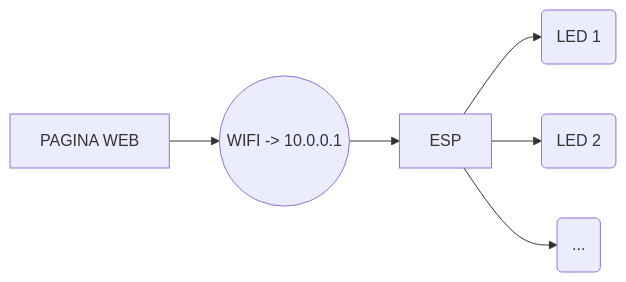
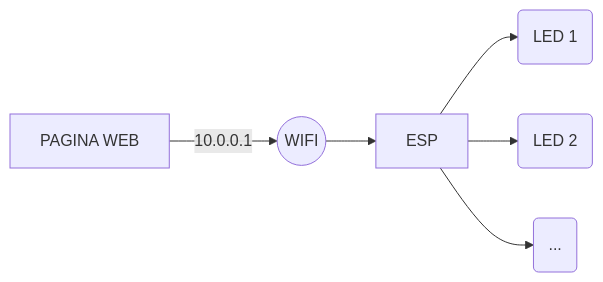
One commit to Condiolov/AppCasa changed the second of 3 diagrams in README.md. Above: the diagram before and after it, drawn with Mermaid. The commit also changed other lines of this file, not shown here.

````diff
--- a/README.md
+++ b/README.md
@@ -28,8 +28,8 @@
 ```mermaid
 graph LR
-A[PAGINA WEB] --> B((WIFI -> 10.0.0.1))
+A[PAGINA WEB] -- 10.0.0.1 --> B((WIFI))
 B --> D[ESP]
 D-->E(LED 1)
 D-->F(LED 2)
 D-->H(...)
 ```
````
